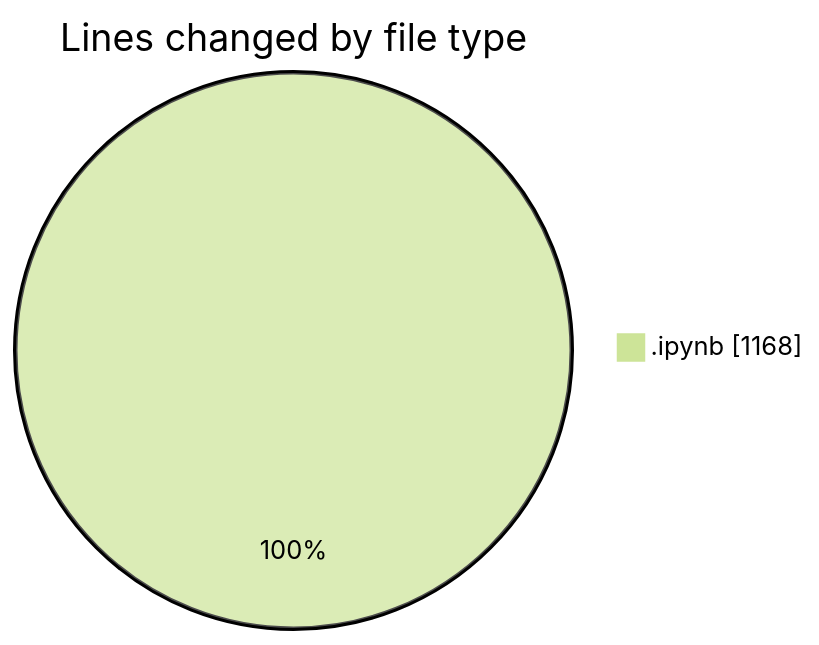
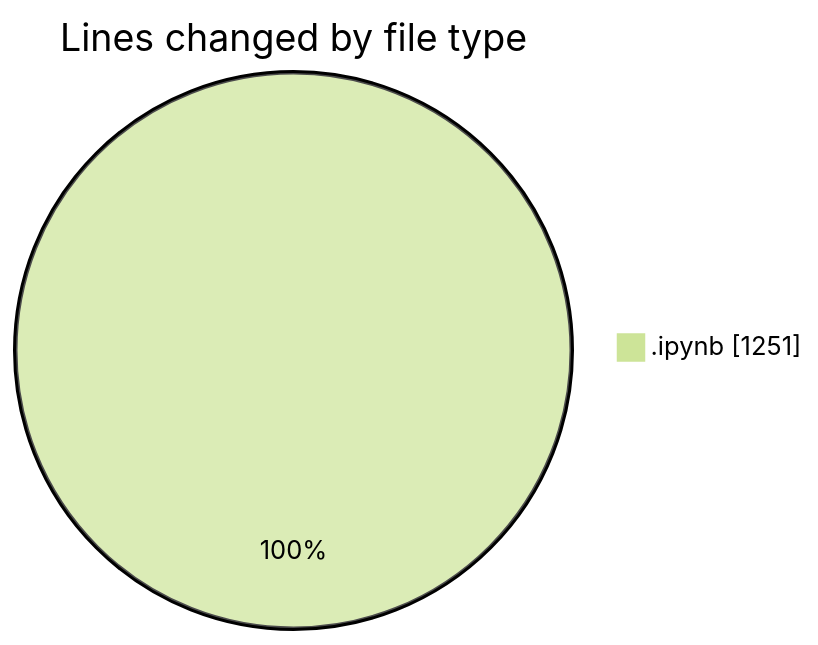
One commit to CELIANVF/code-tracking changed the first of 2 diagrams in 2025-02-14/tp3_-_machine_learning/README.md. Above: the diagram before and after it, drawn with Mermaid (forest theme). The commit also changed other lines of this file and 1 other file, not shown here.

````diff
--- a/2025-02-14/tp3_-_machine_learning/README.md
+++ b/2025-02-14/tp3_-_machine_learning/README.md
@@ -20,5 +20,5 @@
 ```mermaid
 pie showData
 title Lines changed by file type
-".ipynb" : 1168
+".ipynb" : 1251
 ```
````
